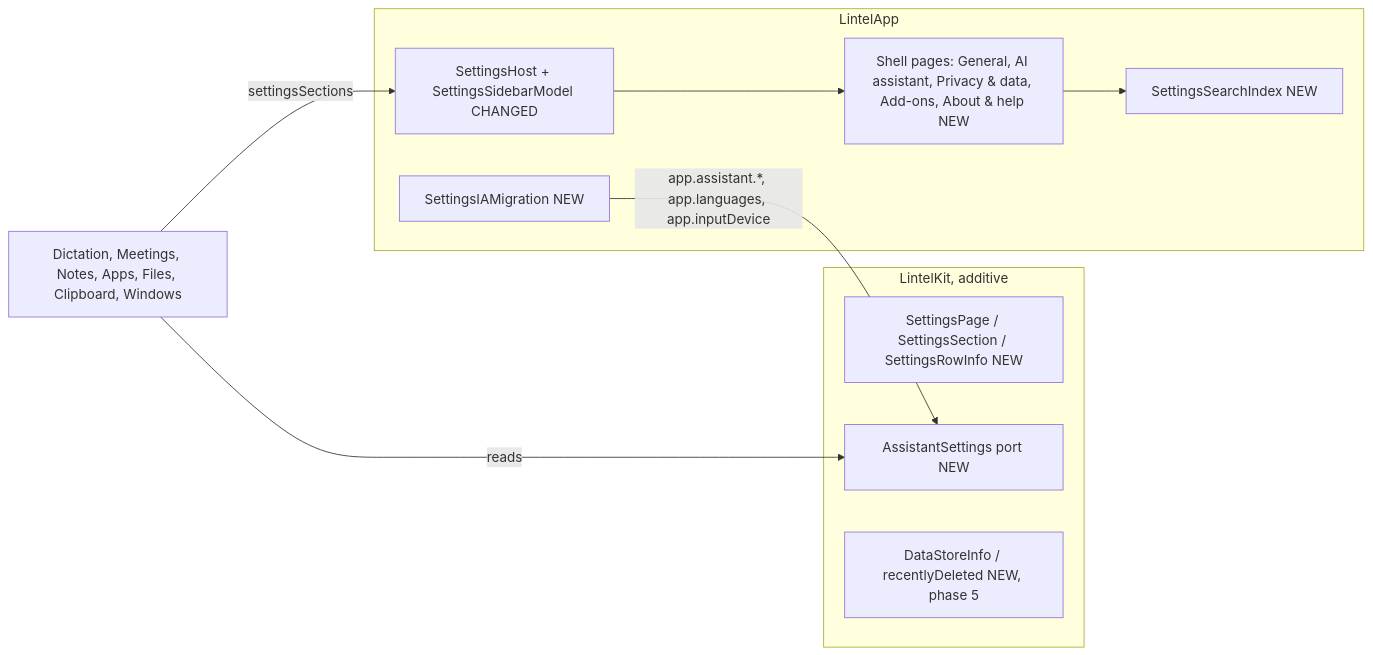
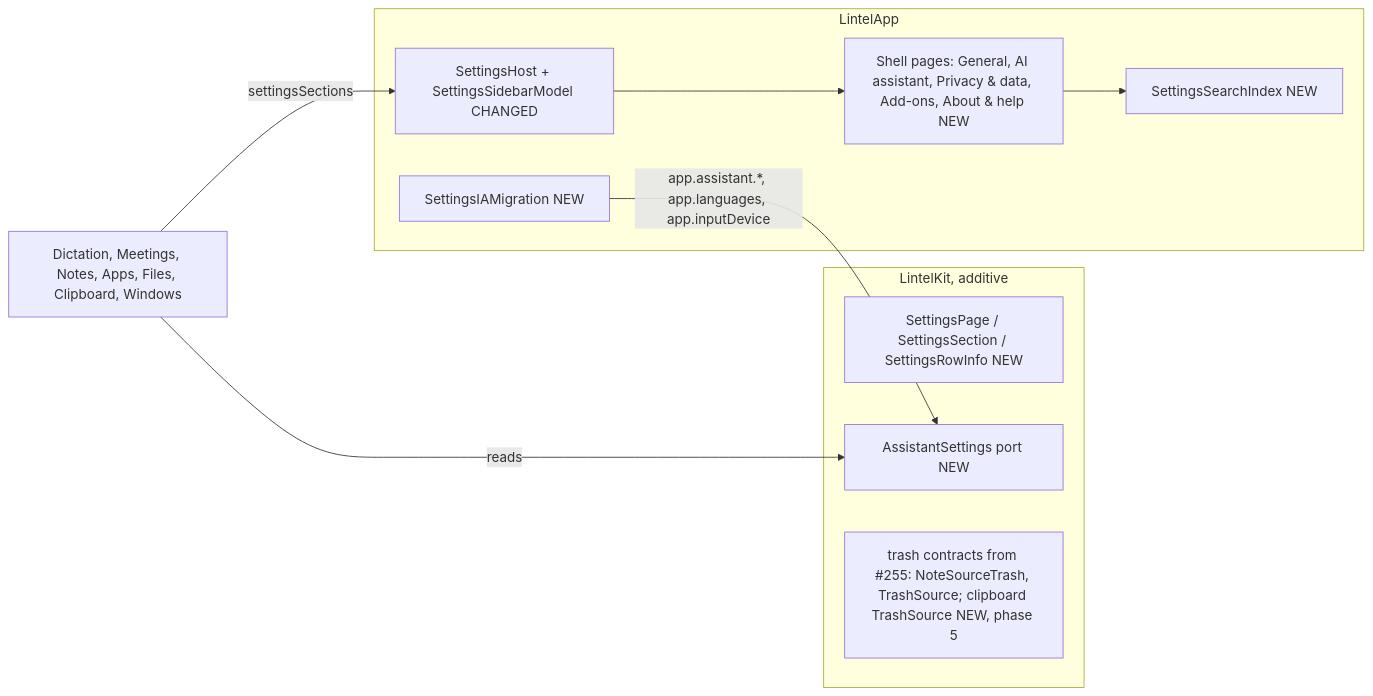
The diagram in .ai/specs/2026-11-24-settings-ia-v2.md (mjozefiak/lintel), drawn with Mermaid before and after one commit. The commit also changed other lines of this file, not shown here.

First line of the commit message:
docs(specs): build Recently deleted on the #255 contract, keep existing users' language and model

````diff
--- a/.ai/specs/2026-11-24-settings-ia-v2.md
+++ b/.ai/specs/2026-11-24-settings-ia-v2.md
@@ -105,18 +105,18 @@
 ```mermaid
 flowchart LR
   subgraph LintelKit[LintelKit, additive]
     SP[SettingsPage / SettingsSection / SettingsRowInfo NEW]
     AS[AssistantSettings port NEW]
-    DS[DataStoreInfo / recentlyDeleted NEW, phase 5]
+    DS[trash contracts from #255: NoteSourceTrash, TrashSource; clipboard TrashSource NEW, phase 5]
   end
   subgraph LintelApp
     SH[SettingsHost + SettingsSidebarModel CHANGED]
     PG[Shell pages: General, AI assistant, Privacy & data, Add-ons, About & help NEW]
     IX[SettingsSearchIndex NEW]
     MG[SettingsIAMigration NEW]
   end
   Plugins[Dictation, Meetings, Notes, Apps, Files, Clipboard, Windows] -- settingsSections --> SH
   Plugins -- reads --> AS
   SH --> PG --> IX
   MG -- app.assistant.*, app.languages, app.inputDevice --> AS
 ```
````
